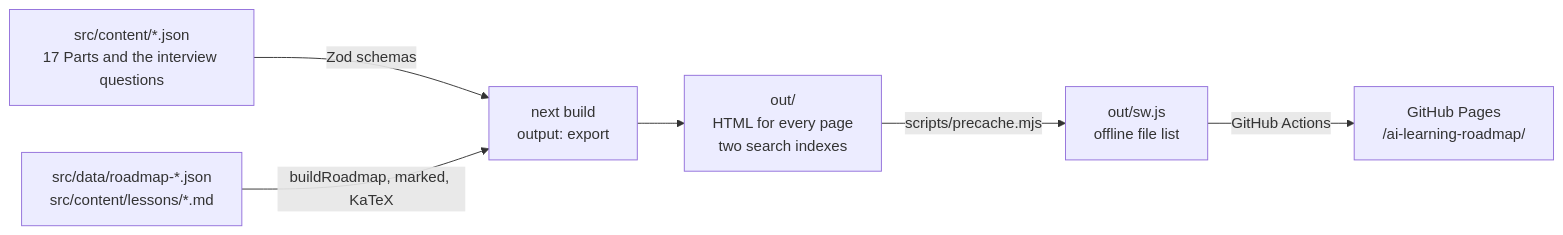
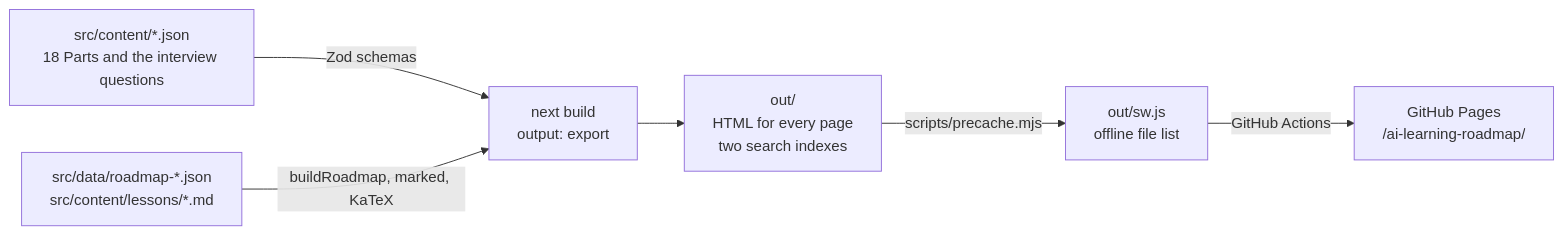
The diagram in README.md (kawsar-95/ai-learning-roadmap), drawn with Mermaid before and after one commit. The commit also changed other lines of this file and 13 other files, not shown here.

````diff
--- a/README.md
+++ b/README.md
@@ -271,8 +302,8 @@
 ```mermaid
 flowchart LR
-  A["src/content/*.json<br>17 Parts and the interview questions"] -->|Zod schemas| C["next build<br>output: export"]
+  A["src/content/*.json<br>18 Parts and the interview questions"] -->|Zod schemas| C["next build<br>output: export"]
   B["src/data/roadmap-*.json<br>src/content/lessons/*.md"] -->|buildRoadmap, marked, KaTeX| C
   C --> D["out/<br>HTML for every page<br>two search indexes"]
   D -->|scripts/precache.mjs| E["out/sw.js<br>offline file list"]
   E -->|GitHub Actions| F["GitHub Pages<br>/ai-learning-roadmap/"]
 ```
````
